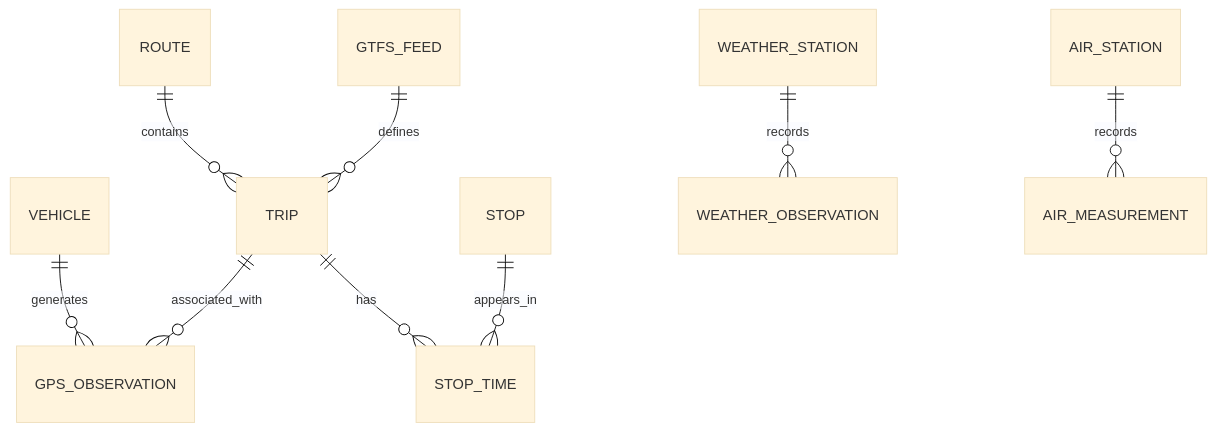
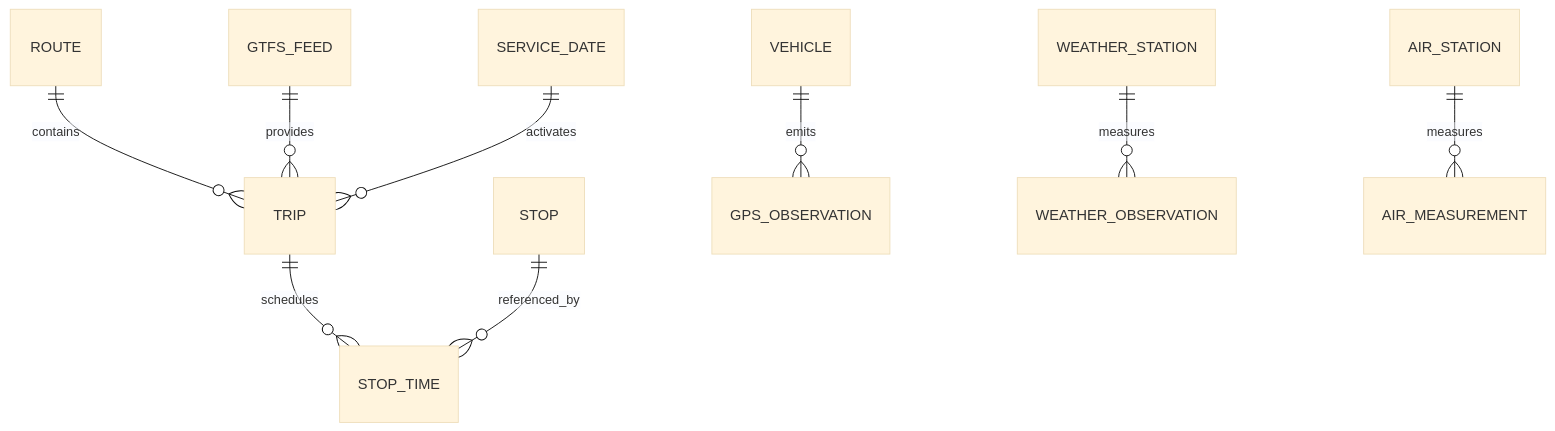
Before and after one commit to tymsoncyferki/big-data-ztm: the diagram in docs/data-contracts.md, drawn with Mermaid (base theme). The commit also changed other lines of this file and 38 other files, not shown here.

````diff
--- a/docs/data-contracts.md
+++ b/docs/data-contracts.md
@@ -410,11 +518,11 @@
 ```mermaid
 erDiagram
-    VEHICLE ||--o{ GPS_OBSERVATION : generates
-    TRIP ||--o{ GPS_OBSERVATION : associated_with
     ROUTE ||--o{ TRIP : contains
-    TRIP ||--o{ STOP_TIME : has
-    STOP ||--o{ STOP_TIME : appears_in
-    GTFS_FEED ||--o{ TRIP : defines
-    WEATHER_STATION ||--o{ WEATHER_OBSERVATION : records
-    AIR_STATION ||--o{ AIR_MEASUREMENT : records
+    GTFS_FEED ||--o{ TRIP : provides
+    SERVICE_DATE ||--o{ TRIP : activates
+    TRIP ||--o{ STOP_TIME : schedules
+    STOP ||--o{ STOP_TIME : referenced_by
+    VEHICLE ||--o{ GPS_OBSERVATION : emits
+    WEATHER_STATION ||--o{ WEATHER_OBSERVATION : measures
+    AIR_STATION ||--o{ AIR_MEASUREMENT : measures
 ```
````
